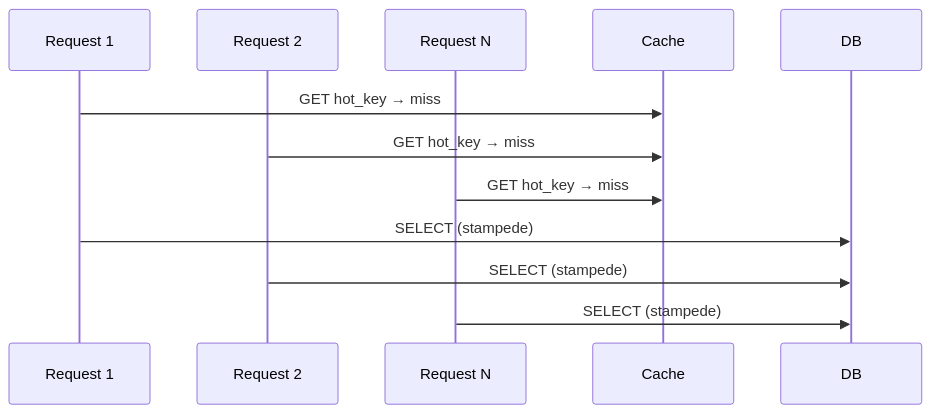
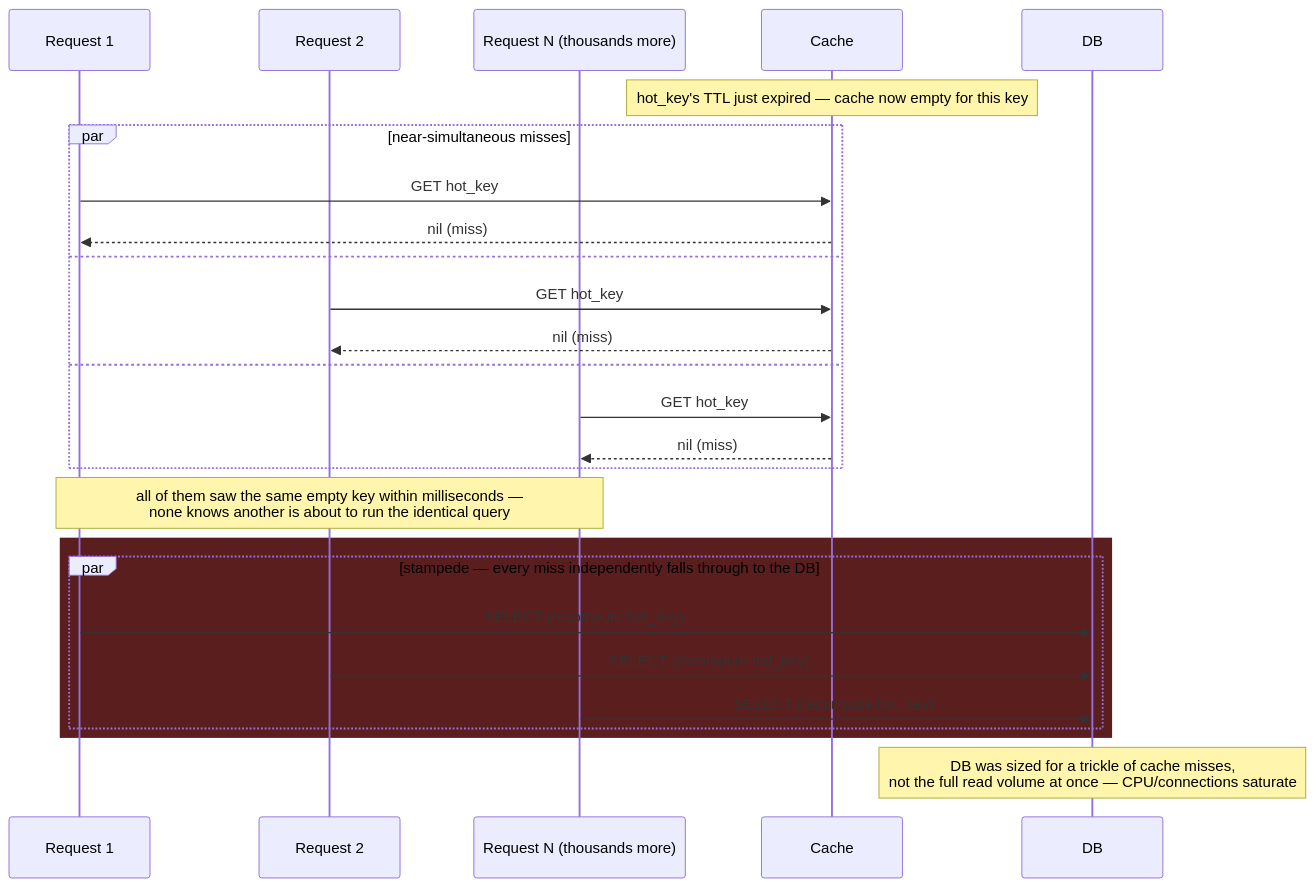
Before and after one commit to deepanshu-rawat6/DevOpsIndex: the seventh of 8 diagrams in databases/caching.md, drawn with Mermaid. The commit also changed other lines of this file and 7 other files, not shown here.

````diff
--- a/databases/caching.md
+++ b/databases/caching.md
@@ -428,15 +448,29 @@
 ```mermaid
 sequenceDiagram
     participant R1 as Request 1
     participant R2 as Request 2
-    participant R3 as Request N
+    participant RN as Request N (thousands more)
     participant Cache
     participant DB
 
-    R1->>Cache: GET hot_key → miss
-    R2->>Cache: GET hot_key → miss
-    R3->>Cache: GET hot_key → miss
-    R1->>DB: SELECT (stampede)
-    R2->>DB: SELECT (stampede)
-    R3->>DB: SELECT (stampede)
+    Note over Cache: hot_key's TTL just expired — cache now empty for this key
+    par near-simultaneous misses
+        R1->>Cache: GET hot_key
+        Cache-->>R1: nil (miss)
+    and
+        R2->>Cache: GET hot_key
+        Cache-->>R2: nil (miss)
+    and
+        RN->>Cache: GET hot_key
+        Cache-->>RN: nil (miss)
+    end
+    Note over R1,RN: all of them saw the same empty key within milliseconds —<br/>none knows another is about to run the identical query
+    rect rgb(90, 30, 30)
+    par stampede — every miss independently falls through to the DB
+        R1->>DB: SELECT (recompute hot_key)
+        R2->>DB: SELECT (recompute hot_key)
+        RN->>DB: SELECT (recompute hot_key)
+    end
+    end
+    Note over DB: DB was sized for a trickle of cache misses,<br/>not the full read volume at once — CPU/connections saturate
 ```
````
